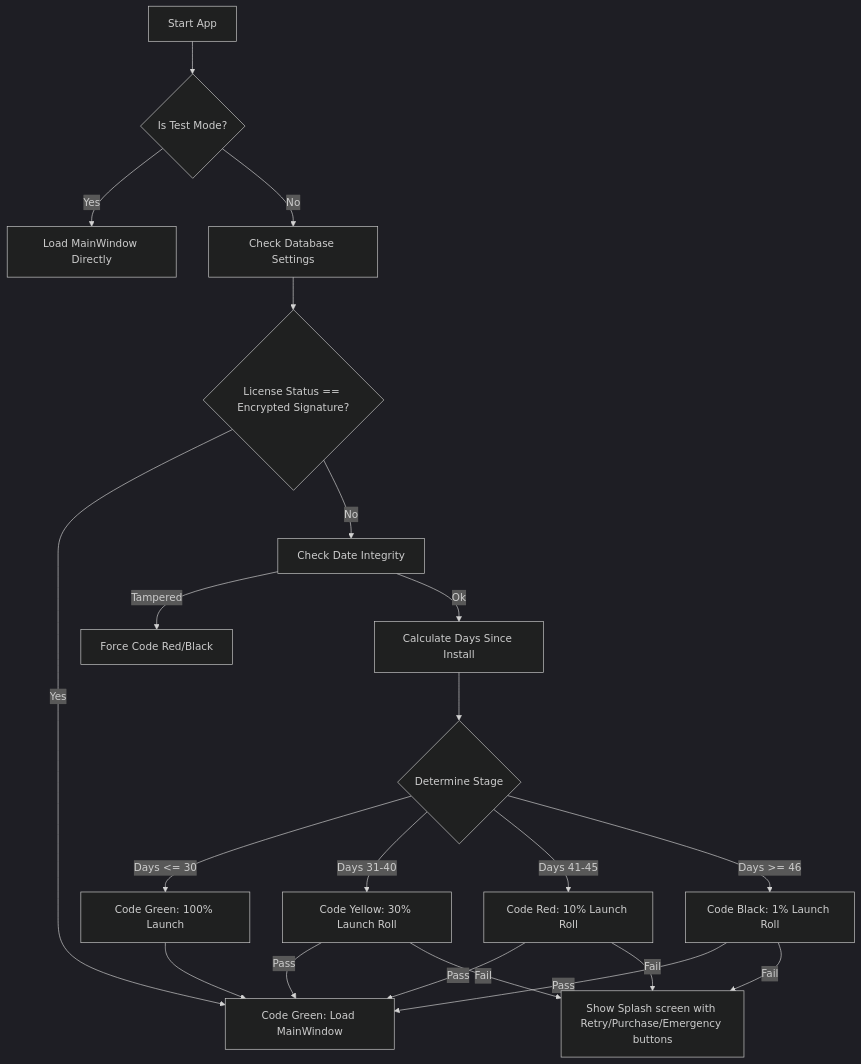
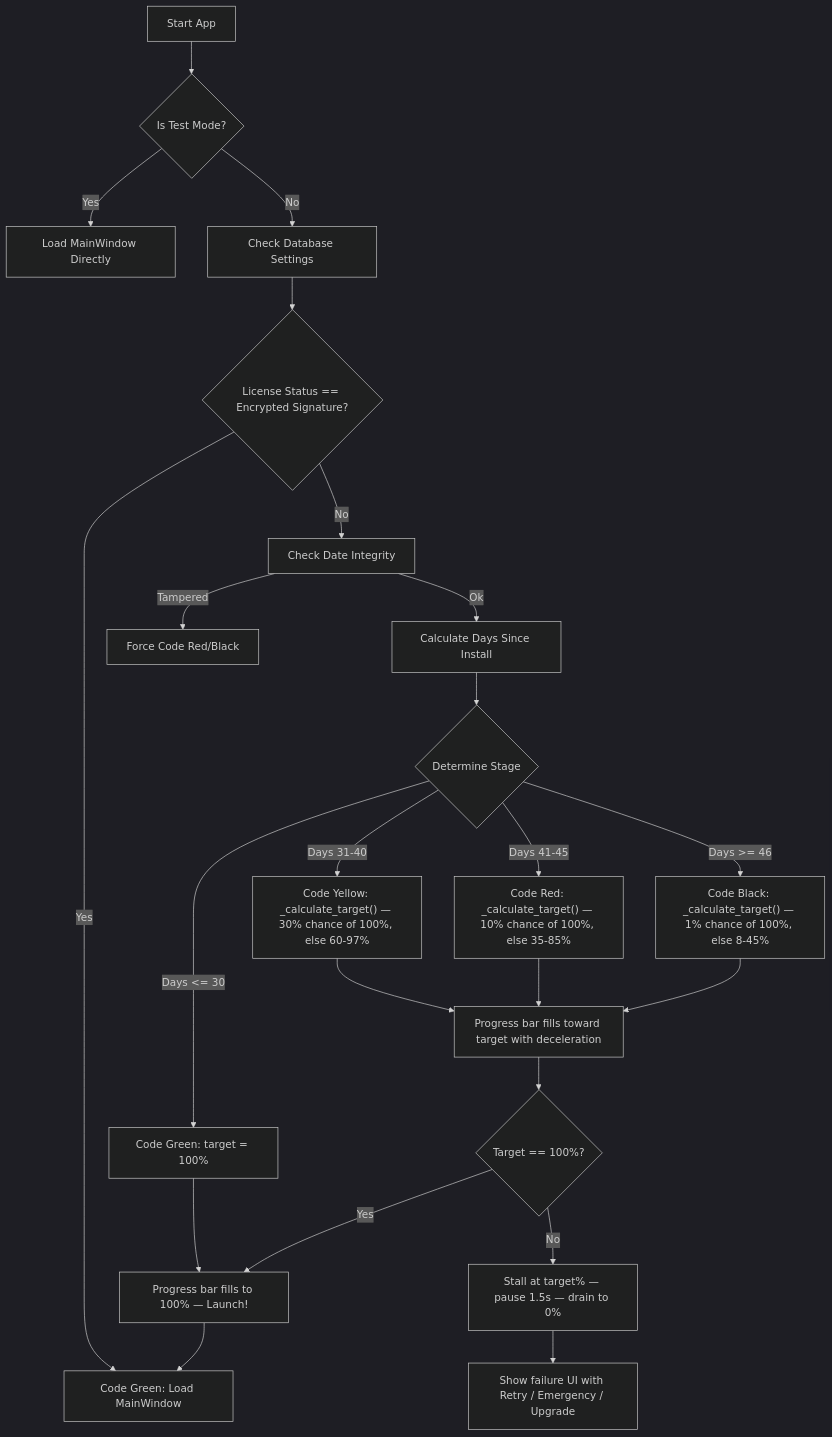
The diagram in implementation_plan_trial_splash.md (kilpatrickap/estimator), drawn with Mermaid (dark theme) before and after one commit. The commit also changed other lines of this file and 1 other file, not shown here.

````diff
--- a/implementation_plan_trial_splash.md
+++ b/implementation_plan_trial_splash.md
@@ -34,25 +39,26 @@
 ```mermaid
 graph TD
     A[Start App] --> B{Is Test Mode?}
     B -- Yes --> C[Load MainWindow Directly]
     B -- No --> D[Check Database Settings]
     D --> E{License Status == Encrypted Signature?}
     E -- Yes --> F[Code Green: Load MainWindow]
     E -- No --> G[Check Date Integrity]
     G -- Tampered --> H[Force Code Red/Black]
     G -- Ok --> I[Calculate Days Since Install]
     I --> J{Determine Stage}
-    J -- Days <= 30 --> K[Code Green: 100% Launch]
-    J -- Days 31-40 --> L[Code Yellow: 30% Launch Roll]
-    J -- Days 41-45 --> M[Code Red: 10% Launch Roll]
-    J -- Days >= 46 --> N[Code Black: 1% Launch Roll]
-    
-    K --> F
-    L -- Pass --> F
-    M -- Pass --> F
-    N -- Pass --> F
-    
-    L -- Fail --> O[Show Splash screen with Retry/Purchase/Emergency buttons]
-    M -- Fail --> O
-    N -- Fail --> O
+    J -- Days <= 30 --> K["Code Green: target = 100%"]
+    J -- Days 31-40 --> L["Code Yellow: _calculate_target() — 30% chance of 100%, else 60-97%"]
+    J -- Days 41-45 --> M["Code Red: _calculate_target() — 10% chance of 100%, else 35-85%"]
+    J -- Days >= 46 --> N["Code Black: _calculate_target() — 1% chance of 100%, else 8-45%"]
+
+    K --> P["Progress bar fills to 100% — Launch!"] --> F
+    L --> Q["Progress bar fills toward target with deceleration"]
+    M --> Q
+    N --> Q
+
+    Q --> R{"Target == 100%?"}
+    R -- Yes --> P
+    R -- No --> S["Stall at target% — pause 1.5s — drain to 0%"]
+    S --> O[Show failure UI with Retry / Emergency / Upgrade]
 ```
````
